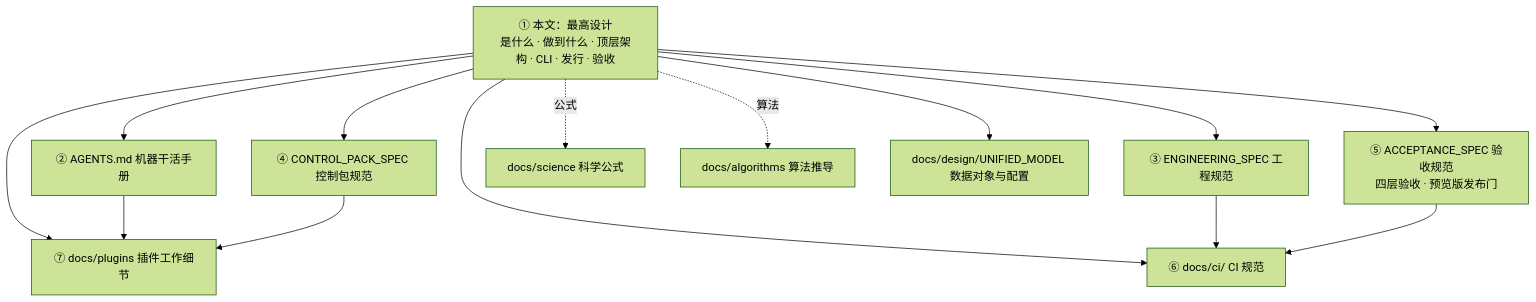
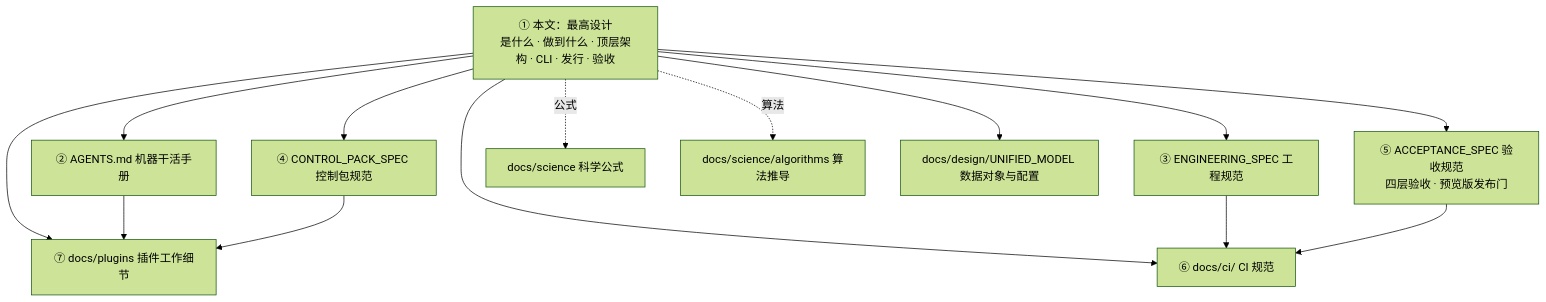
The first of 12 diagrams in docs/ASTROCS_DESIGN.md (fujiaze/Astro-CS-Database), drawn with Mermaid (forest theme) before and after one commit. The commit also changed other lines of this file and 105 other files, not shown here.

````diff
--- a/docs/ASTROCS_DESIGN.md
+++ b/docs/ASTROCS_DESIGN.md
@@ -9,21 +9,21 @@
 ```mermaid
 flowchart TD
     D["① 本文：最高设计<br/>是什么 · 做到什么 · 顶层架构 · CLI · 发行 · 验收"]
     A["② AGENTS.md 机器干活手册"]
     E["③ ENGINEERING_SPEC 工程规范"]
     C["④ CONTROL_PACK_SPEC 控制包规范"]
     ACC["⑤ ACCEPTANCE_SPEC 验收规范<br/>四层验收 · 预览版发布门"]
     CI["⑥ docs/ci/ CI 规范"]
     P["⑦ docs/plugins 插件工作细节"]
     S["docs/science 科学公式"]
-    AL["docs/algorithms 算法推导"]
+    AL["docs/science/algorithms 算法推导"]
     U["docs/design/UNIFIED_MODEL 数据对象与配置"]
     D --> A & E & C & ACC & CI & P
     D --> U
     D -.公式.-> S
     D -.算法.-> AL
     A --> P
     E --> CI
     C --> P
     ACC --> CI
 ```
````
